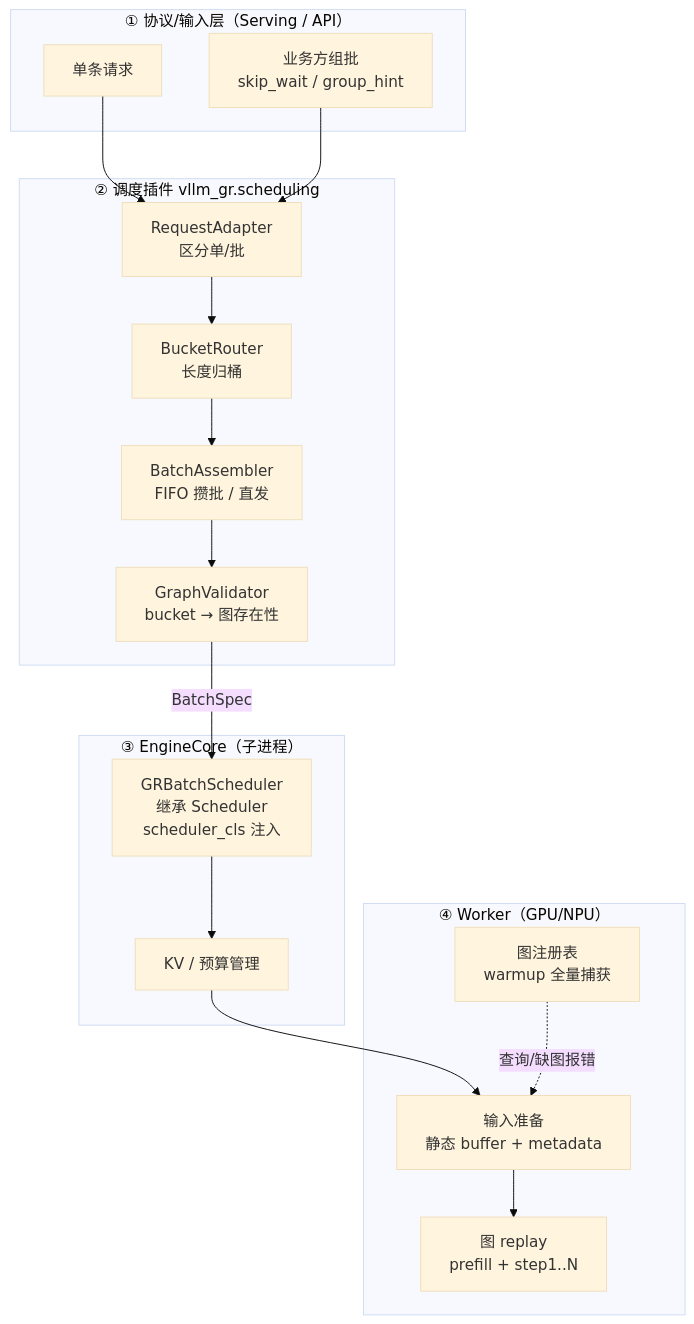
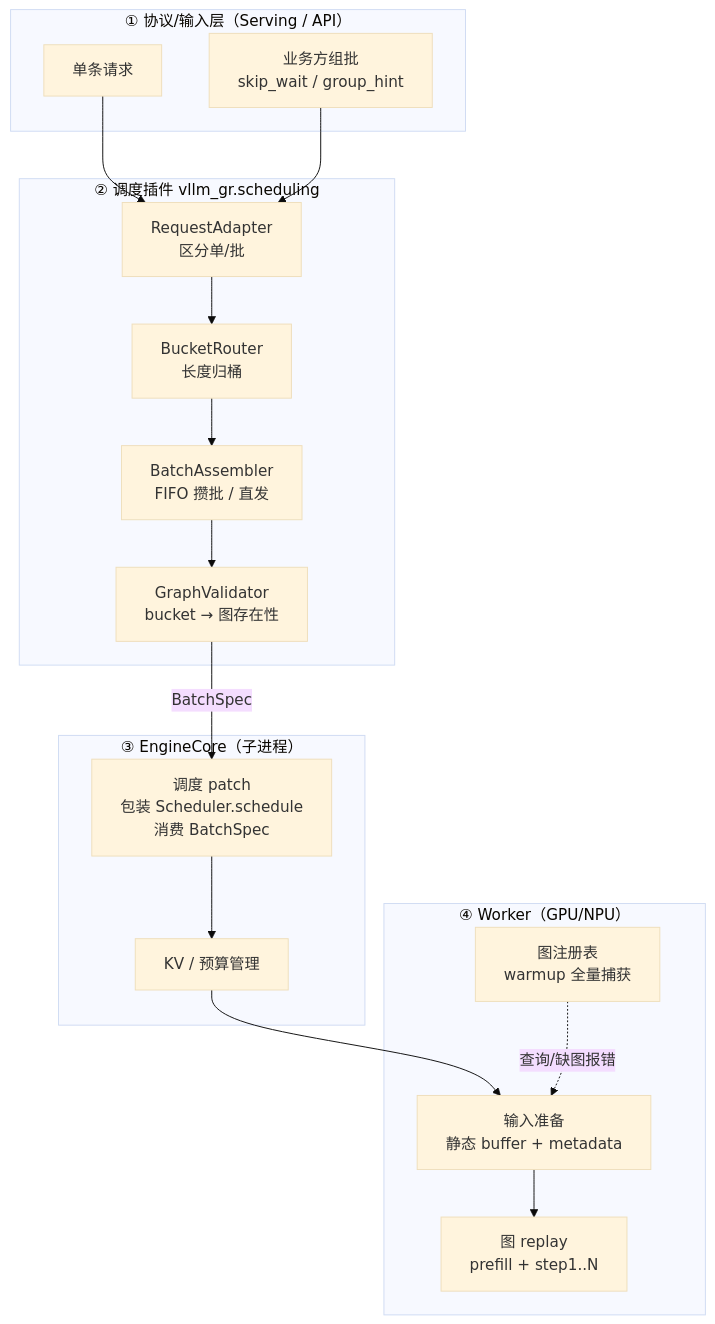
The second of 9 diagrams in scheduler_plugin_architecture.md (ZhiYunpenghuawei/p1), drawn with Mermaid (base theme) before and after one commit. The commit also changed other lines of this file, not shown here.

````diff
--- a/scheduler_plugin_architecture.md
+++ b/scheduler_plugin_architecture.md
@@ -109,27 +110,27 @@
 ```mermaid
 flowchart TD
     subgraph L1["① 协议/输入层（Serving / API）"]
         S1[单条请求]
         S2[业务方组批<br>skip_wait / group_hint]
     end
     subgraph L2["② 调度插件 vllm_gr.scheduling"]
         A[RequestAdapter<br>区分单/批]
         B[BucketRouter<br>长度归桶]
         C[BatchAssembler<br>FIFO 攒批 / 直发]
         V[GraphValidator<br>bucket → 图存在性]
     end
     subgraph L3["③ EngineCore（子进程）"]
-        SCH[GRBatchScheduler<br>继承 Scheduler<br>scheduler_cls 注入]
+        SCH[调度 patch<br>包装 Scheduler.schedule<br>消费 BatchSpec]
         M[KV / 预算管理]
     end
     subgraph L4["④ Worker（GPU/NPU）"]
         P[输入准备<br>静态 buffer + metadata]
         G[图注册表<br>warmup 全量捕获]
         R[图 replay<br>prefill + step1..N]
     end
 
     S1 --> A
     S2 --> A
     A --> B --> C --> V -->|BatchSpec| SCH --> M --> P --> R
     G -. 查询/缺图报错 .-> P
 ```
````
